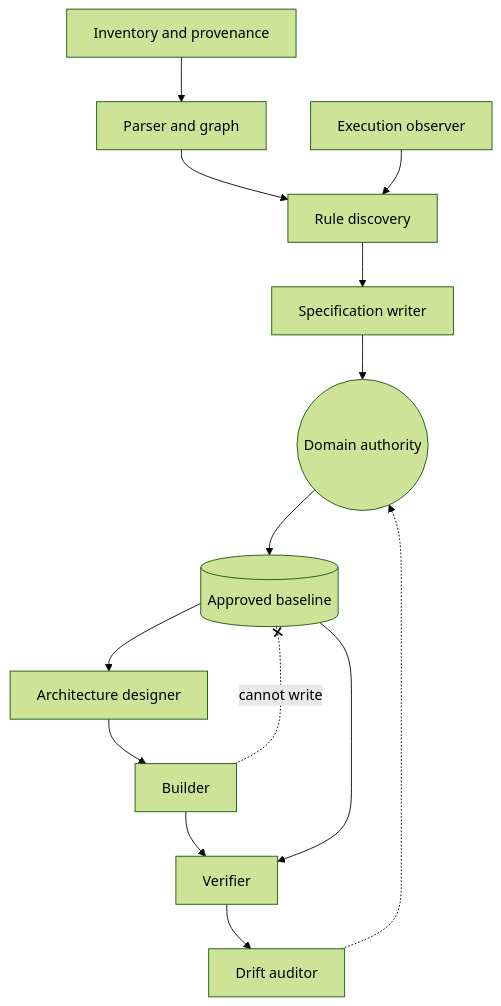
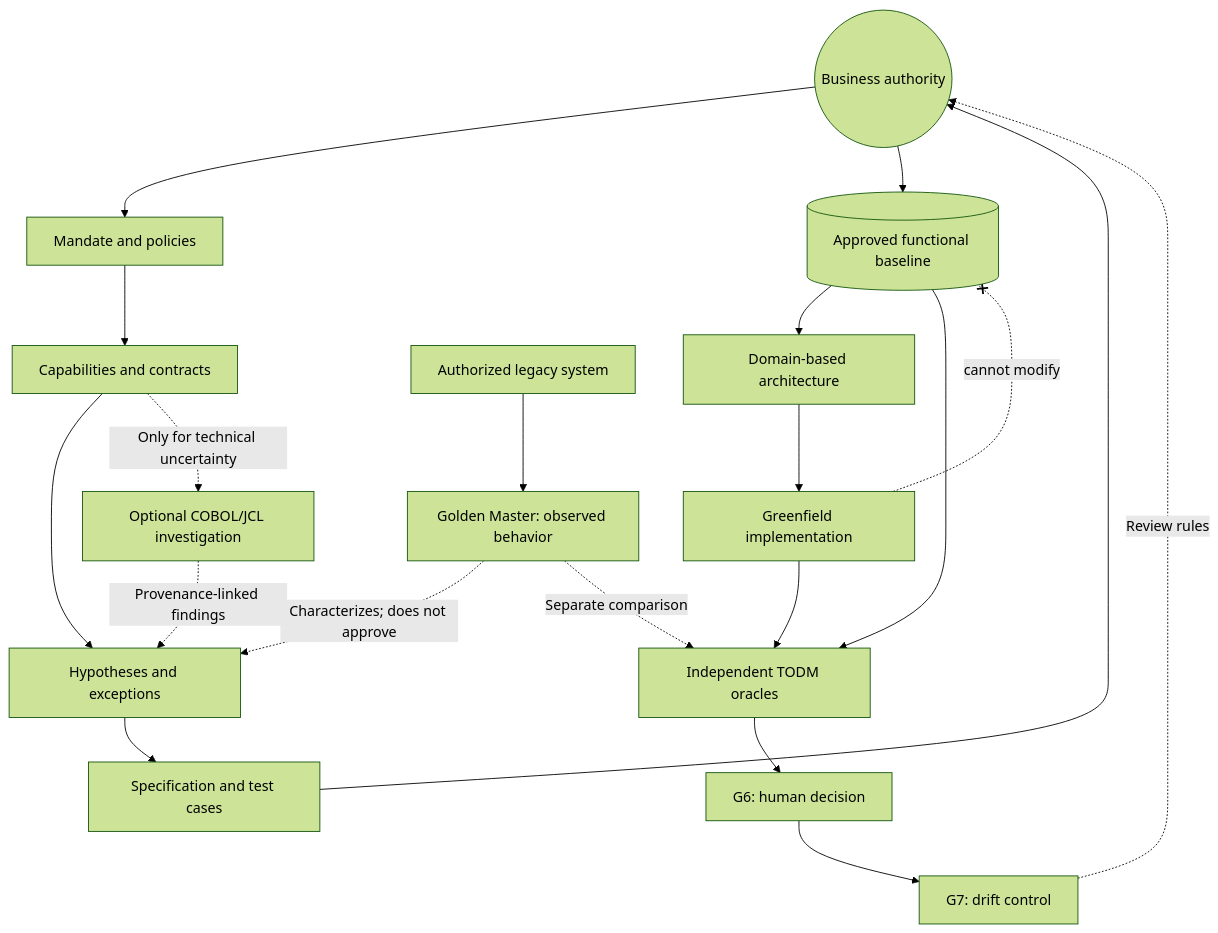
The diagram in book/figures/src/en/agent_chain.mmd (jmfloreszazo/de-la-caja-negra-a-la-evidencia), drawn with Mermaid (forest theme) before and after one commit.

Commit message:
book(figures): replace parser-first graph with capability-first TODM and separate Golden Master (#54)

```diff
--- a/book/figures/src/en/agent_chain.mmd
+++ b/book/figures/src/en/agent_chain.mmd
@@ -1,14 +1,20 @@
 flowchart TB
-  inv["Inventory and provenance"] --> parse["Parser and graph"]
-  parse --> rules["Rule discovery"]
-  obs["Execution observer"] --> rules
-  rules --> spec["Specification writer"]
-  spec --> owner(("Domain authority"))
-  owner --> base[("Approved baseline")]
-  base --> arch["Architecture designer"]
-  arch --> build["Builder"]
-  build --> ver["Verifier"]
+  owner(("Business authority")) --> scope["Mandate and policies"]
+  scope --> inv["Capabilities and contracts"]
+  legacy["Authorized legacy system"] --> obs["Golden Master: observed behavior"]
+  inv --> rules["Hypotheses and exceptions"]
+  obs -. "Characterizes; does not approve" .-> rules
+  inv -. "Only for technical uncertainty" .-> parse["Optional COBOL/JCL investigation"]
+  parse -. "Provenance-linked findings" .-> rules
+  rules --> spec["Specification and test cases"]
+  spec --> owner
+  owner --> base[("Approved functional baseline")]
+  base --> arch["Domain-based architecture"]
+  arch --> build["Greenfield implementation"]
+  build --> ver["Independent TODM oracles"]
   base --> ver
-  ver --> drift["Drift auditor"]
-  drift -.-> owner
-  build -. "cannot write" .-x base
+  obs -. "Separate comparison" .-> ver
+  ver --> release["G6: human decision"]
+  release --> drift["G7: drift control"]
+  drift -. "Review rules" .-> owner
+  build -. "cannot modify" .-x base
```
